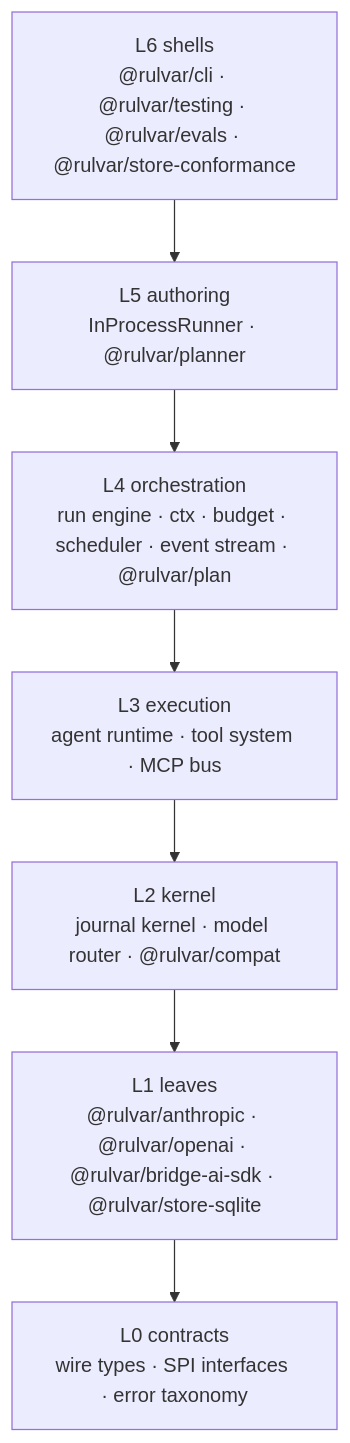
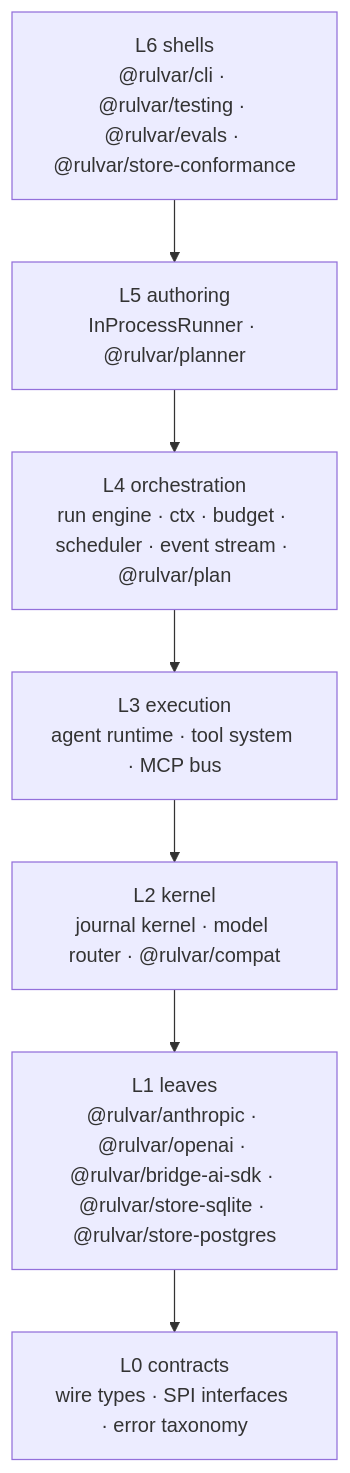
Before and after one commit to o-stepper/rulvar: the first of 2 diagrams in docs/guide/architecture.md, drawn with Mermaid. The commit also changed other lines of this file and 29 other files, not shown here.

First line of the commit message:
Ship RV-214: the official PostgreSQL store (@rulvar/store-postgres) with fencing epochs over per-run advisory locks (#329)

````diff
--- a/docs/guide/architecture.md
+++ b/docs/guide/architecture.md
@@ -12,12 +12,12 @@
 ```mermaid
 flowchart TB
     l6["L6 shells\n@rulvar/cli · @rulvar/testing · @rulvar/evals · @rulvar/store-conformance"]
     l5["L5 authoring\nInProcessRunner · @rulvar/planner"]
     l4["L4 orchestration\nrun engine · ctx · budget · scheduler · event stream · @rulvar/plan"]
     l3["L3 execution\nagent runtime · tool system · MCP bus"]
     l2["L2 kernel\njournal kernel · model router · @rulvar/compat"]
-    l1["L1 leaves\n@rulvar/anthropic · @rulvar/openai · @rulvar/bridge-ai-sdk · @rulvar/store-sqlite"]
+    l1["L1 leaves\n@rulvar/anthropic · @rulvar/openai · @rulvar/bridge-ai-sdk · @rulvar/store-sqlite · @rulvar/store-postgres"]
     l0["L0 contracts\nwire types · SPI interfaces · error taxonomy"]
 
     l6 --> l5 --> l4 --> l3 --> l2 --> l1 --> l0
 ```
````
